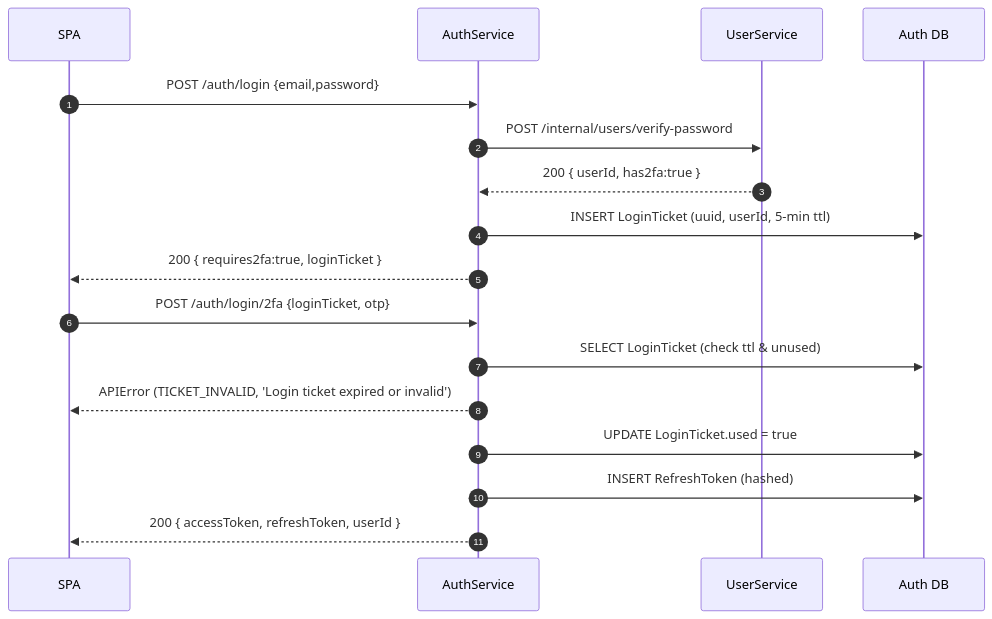
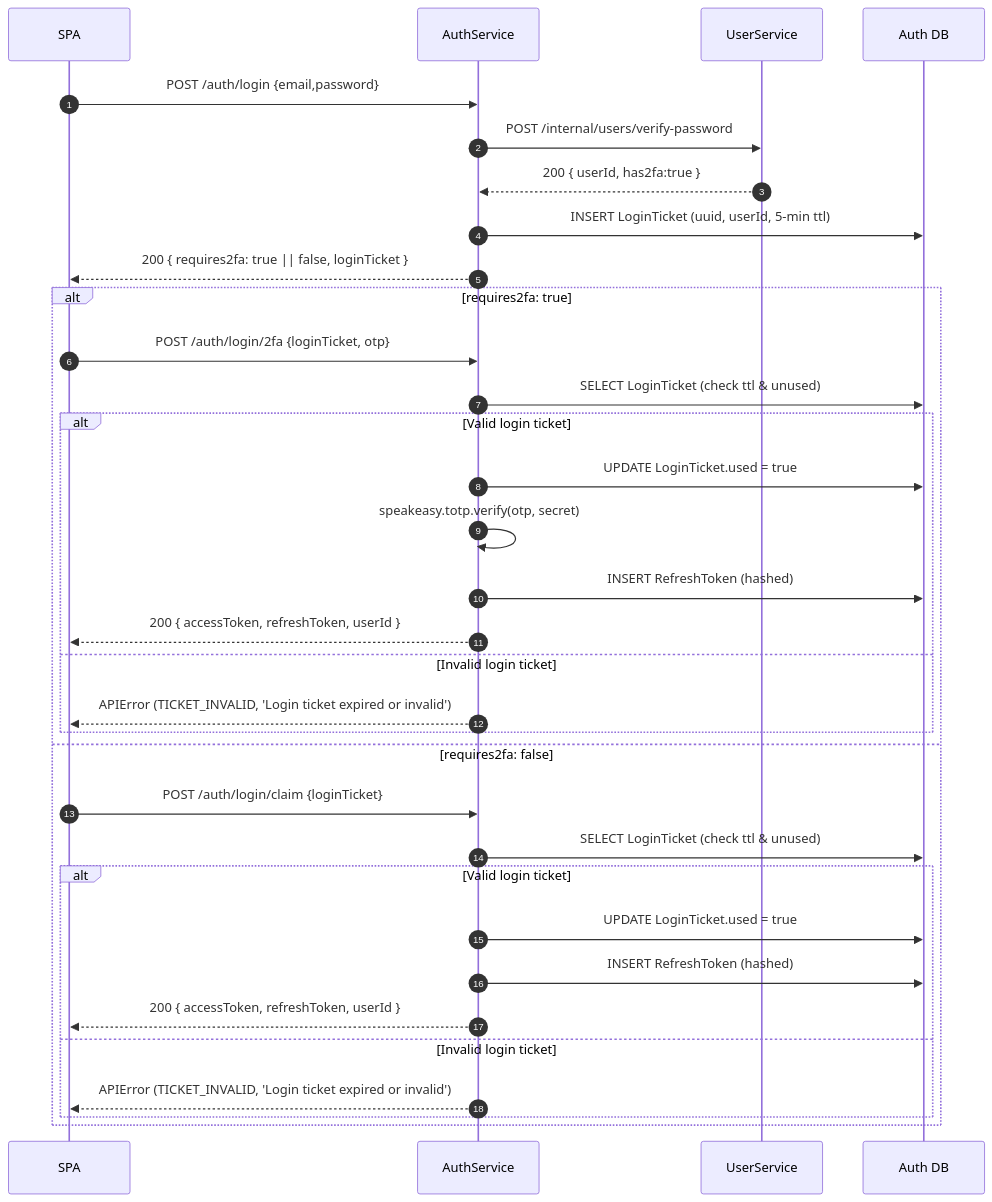
Before and after one commit to jesuismarie/ft_transcendence: the second of 5 diagrams in backend/auth-service/README.md, drawn with Mermaid. The commit also changed other lines of this file, not shown here.

Commit message:
UPDATE: README to align with the new login flow

````diff
--- a/backend/auth-service/README.md
+++ b/backend/auth-service/README.md
@@ -103,21 +109,37 @@
 ```mermaid
 sequenceDiagram
-    autonumber
-    participant FE as SPA
-    participant AS as AuthService
-    participant US as UserService
-    participant DB as Auth DB
+  autonumber
+  participant FE as SPA
+  participant AS as AuthService
+  participant US as UserService
+  participant DB as Auth DB
 
-    FE->>AS: POST /auth/login {email,password}
-    AS->>US: POST /internal/users/verify-password
-    US-->>AS: 200 { userId, has2fa:true }
-    AS->>DB: INSERT LoginTicket (uuid, userId, 5-min ttl)
-    AS-->>FE: 200 { requires2fa:true, loginTicket }
+  FE->>AS: POST /auth/login {email,password}
+  AS->>US: POST /internal/users/verify-password
+  US-->>AS: 200 { userId, has2fa:true }
+  AS->>DB: INSERT LoginTicket (uuid, userId, 5-min ttl)
+  AS-->>FE: 200 { requires2fa: true || false, loginTicket }
 
+  alt requires2fa: true
     FE->>AS: POST /auth/login/2fa {loginTicket, otp}
     AS->>DB: SELECT LoginTicket (check ttl & unused)
-    AS-->>FE: APIError (TICKET_INVALID, 'Login ticket expired or invalid')
-    AS->>DB: UPDATE LoginTicket.used = true
-    AS->>DB: INSERT RefreshToken (hashed)
-    AS-->>FE: 200 { accessToken, refreshToken, userId }
+    alt Valid login ticket
+      AS->>DB: UPDATE LoginTicket.used = true
+      AS->>AS: speakeasy.totp.verify(otp, secret)
+      AS->>DB: INSERT RefreshToken (hashed)
+      AS-->>FE: 200 { accessToken, refreshToken, userId }
+    else Invalid login ticket
+      AS-->>FE: APIError (TICKET_INVALID, 'Login ticket expired or invalid')
+    end
+  else requires2fa: false
+    FE->>AS: POST /auth/login/claim {loginTicket}
+    AS->>DB: SELECT LoginTicket (check ttl & unused)
+    alt Valid login ticket
+      AS->>DB: UPDATE LoginTicket.used = true
+      AS->>DB: INSERT RefreshToken (hashed)
+      AS-->>FE: 200 { accessToken, refreshToken, userId }
+    else Invalid login ticket
+      AS-->>FE: APIError (TICKET_INVALID, 'Login ticket expired or invalid')
+    end
+  end
 ```
````
